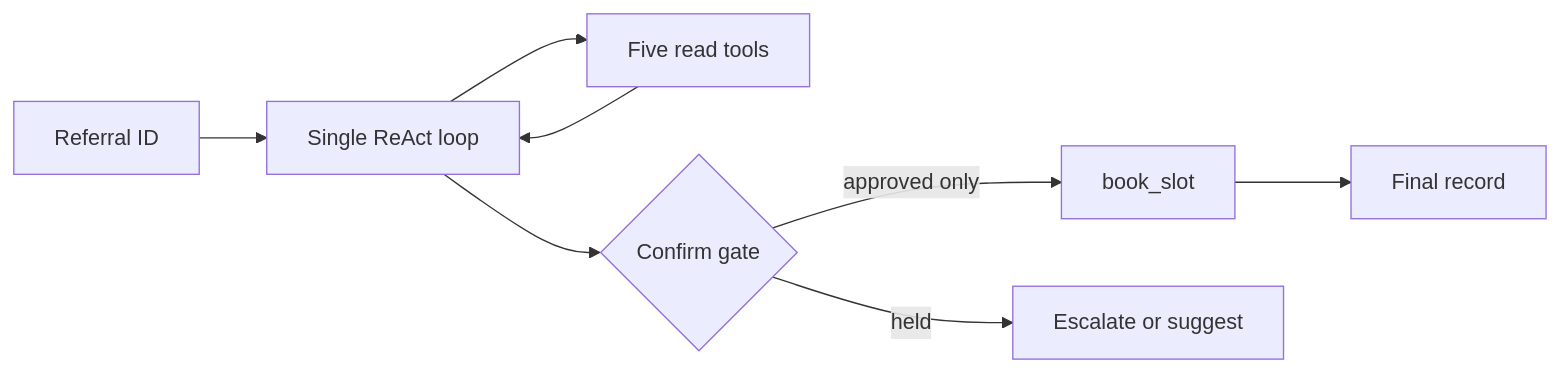
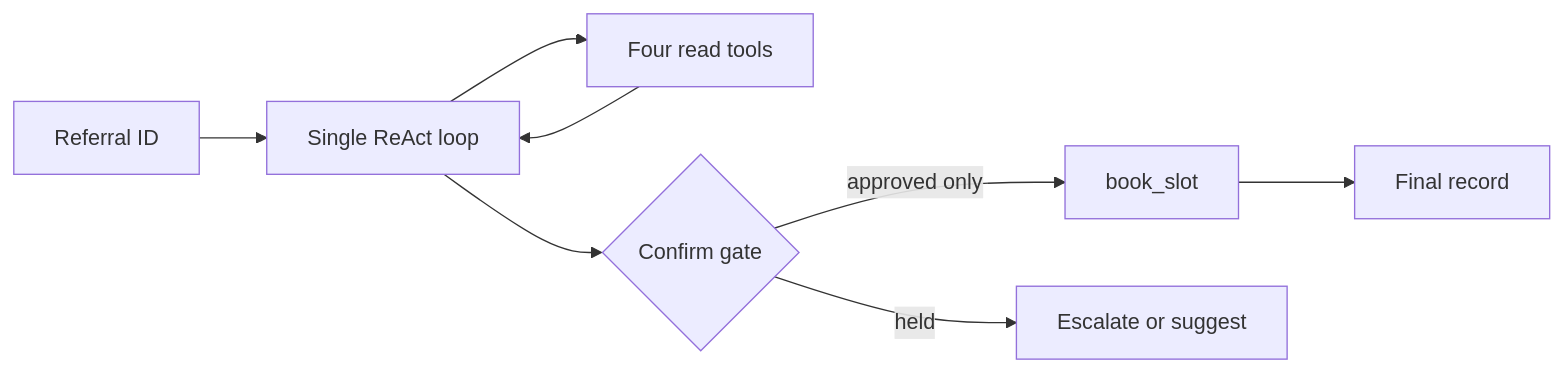
Before and after one commit to abinkrishnak/B5_Outpatient_referral_coordination: the diagram in README.md, drawn with Mermaid. The commit also changed other lines of this file, not shown here.

````diff
--- a/README.md
+++ b/README.md
@@ -30,10 +32,10 @@
 ```mermaid
 flowchart LR
     R[Referral ID] --> A[Single ReAct loop]
-    A --> T[Five read tools]
+    A --> T[Four read tools]
     T --> A
     A --> G{Confirm gate}
     G -->|approved only| B[book_slot]
     G -->|held| E[Escalate or suggest]
     B --> F[Final record]
 ```
````
